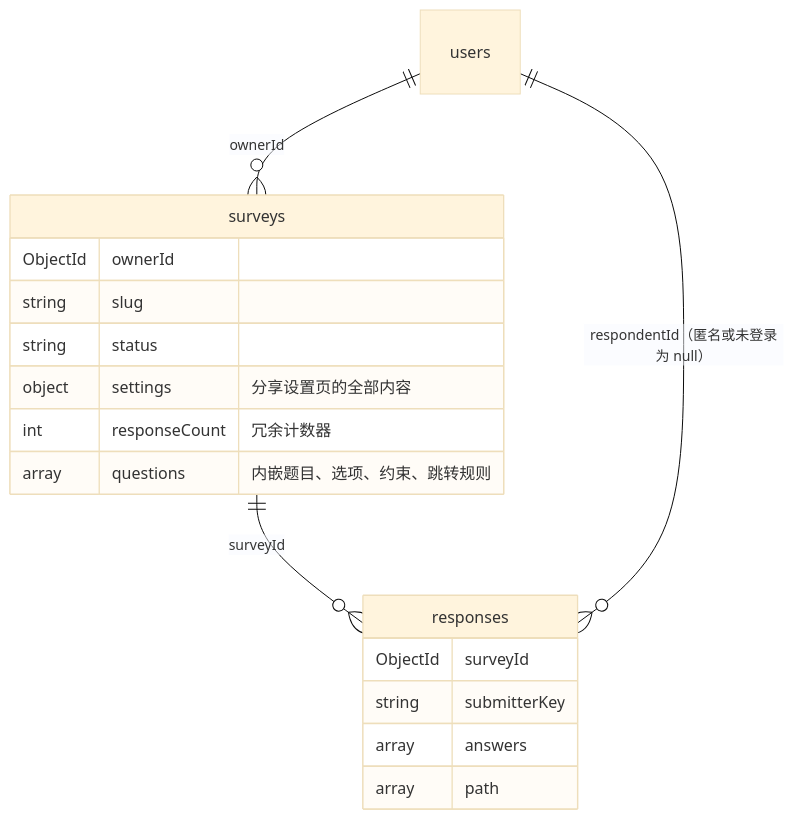
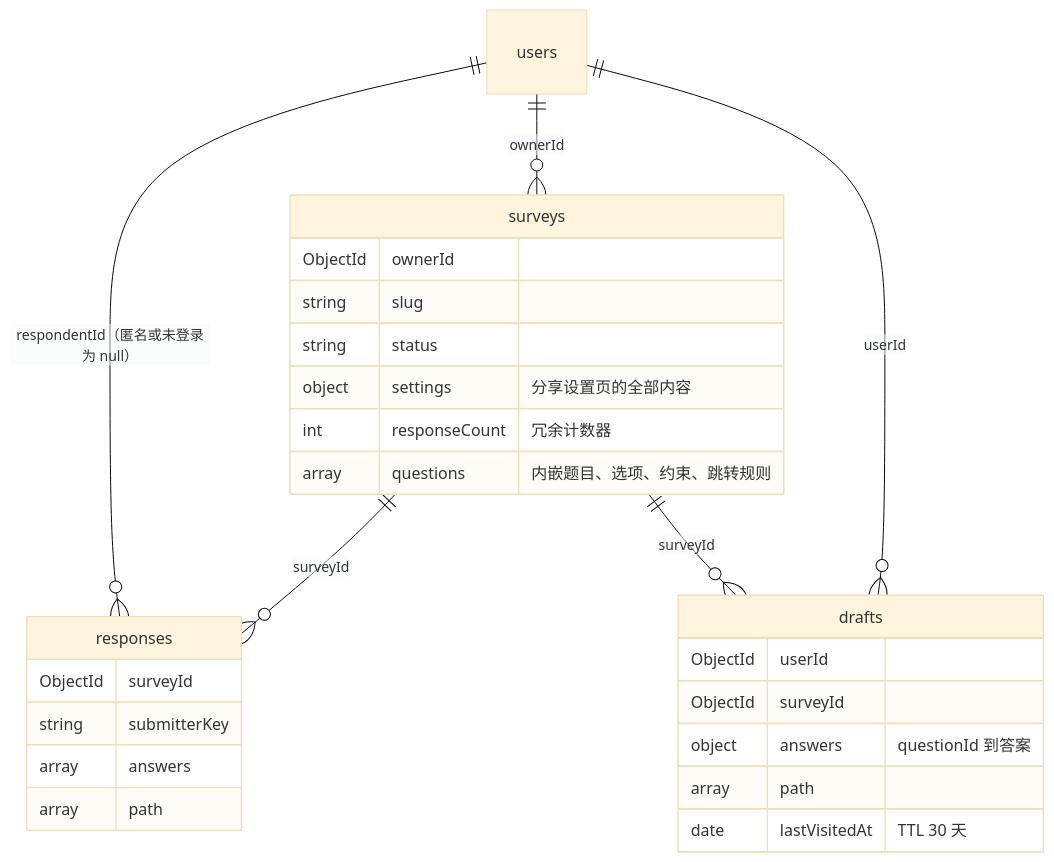
The second of 3 diagrams in docs/数据库设计.md (autu-mn/mongo-survey), drawn with Mermaid (base theme) before and after one commit. The commit also changed other lines of this file and 29 other files, not shown here.

Commit message:
feat(me): 断点续填（drafts + TTL）、我参与的问卷、查看我的答卷；修复同一毫秒内乐观锁失效

````diff
--- a/docs/数据库设计.md
+++ b/docs/数据库设计.md
@@ -33,20 +34,29 @@
 ```mermaid
 erDiagram
     users ||--o{ surveys : "ownerId"
     surveys ||--o{ responses : "surveyId"
     users ||--o{ responses : "respondentId（匿名或未登录为 null）"
+    users ||--o{ drafts : "userId"
+    surveys ||--o{ drafts : "surveyId"
+    drafts {
+        ObjectId userId
+        ObjectId surveyId
+        object answers "questionId 到答案"
+        array path
+        date lastVisitedAt "TTL 30 天"
+    }
     surveys {
         ObjectId ownerId
         string slug
         string status
         object settings "分享设置页的全部内容"
         int responseCount "冗余计数器"
         array questions "内嵌题目、选项、约束、跳转规则"
     }
     responses {
         ObjectId surveyId
         string submitterKey
         array answers
         array path
     }
 ```
````
